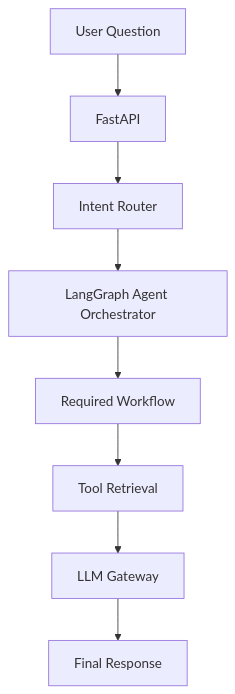
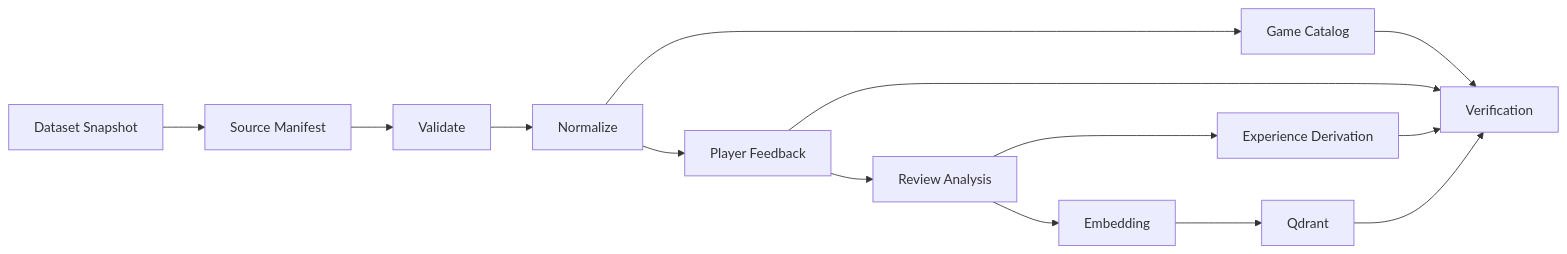
Before and after one commit to Rachit47/Arcademia-AI: the eighth of 9 diagrams in docs/ArcademiaAI_Software_Design_Document.md, drawn with Mermaid. The commit also changed other lines of this file, not shown here.

````diff
--- a/docs/ArcademiaAI_Software_Design_Document.md
+++ b/docs/ArcademiaAI_Software_Design_Document.md
@@ -2169,20 +889,24 @@
 ```mermaid
-flowchart TD
+flowchart LR
+    Source[Dataset Snapshot]
+    Manifest[Source Manifest]
+    Validate[Validate]
+    Normalize[Normalize]
+    Catalog[Game Catalog]
+    Reviews[Player Feedback]
+    Analyze[Review Analysis]
+    Embed[Embedding]
+    Experience[Experience Derivation]
+    Vector[Qdrant]
+    Verify[Verification]
 
-Question[User Question]
-API[FastAPI]
-Router[Intent Router]
-Orchestrator[LangGraph Agent Orchestrator]
-Workflow[Required Workflow]
-Tools[Tool Retrieval]
-LLMGateway[LLM Gateway]
-Response[Final Response]
-
-Question --> API
-API --> Router
-Router --> Orchestrator
-Orchestrator --> Workflow
-Workflow --> Tools
-Tools --> LLMGateway
-LLMGateway --> Response
+    Source --> Manifest --> Validate --> Normalize
+    Normalize --> Catalog
+    Normalize --> Reviews
+    Reviews --> Analyze --> Experience
+    Analyze --> Embed --> Vector
+    Catalog --> Verify
+    Reviews --> Verify
+    Experience --> Verify
+    Vector --> Verify
 ```
````
